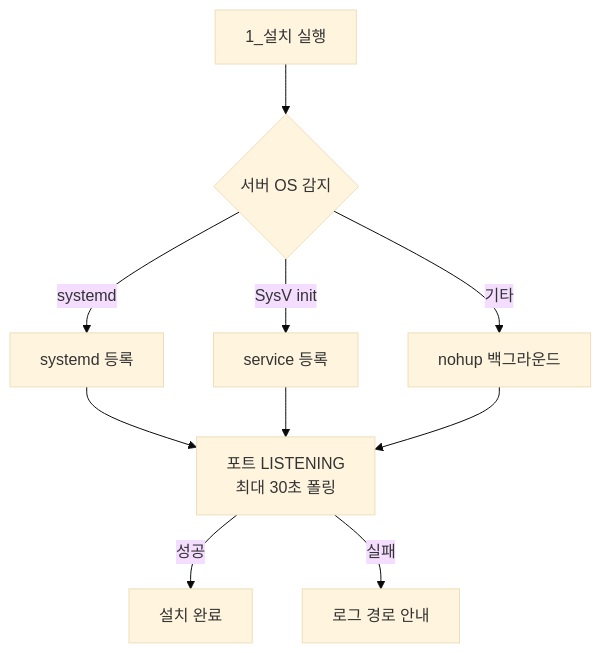
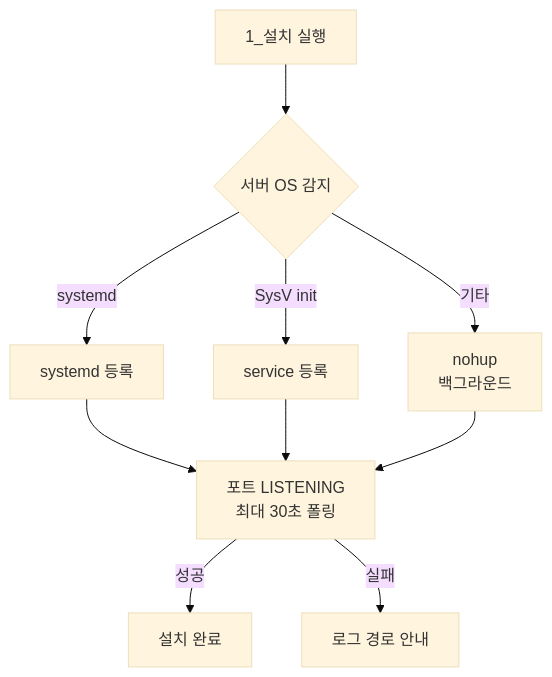
Before and after one commit to panorama713/career-portfolio: the diagram in projects/05-install-automation.md, drawn with Mermaid (base theme). The commit also changed 4 other files, not shown here.

First line of the commit message:
Shorten diagram label lines so Korean text does not wrap mid-word

````diff
--- a/projects/05-install-automation.md
+++ b/projects/05-install-automation.md
@@ -5,12 +5,12 @@
 ```mermaid
 flowchart TD
     Start["1_설치 실행"] --> Detect{"서버 OS 감지"}
     Detect -->|systemd| A["systemd 등록"]
     Detect -->|SysV init| B["service 등록"]
-    Detect -->|기타| C["nohup 백그라운드"]
+    Detect -->|기타| C["nohup<br/>백그라운드"]
     A --> Verify
     B --> Verify
     C --> Verify["포트 LISTENING<br/>최대 30초 폴링"]
     Verify -->|성공| Done["설치 완료"]
     Verify -->|실패| Log["로그 경로 안내"]
 ```
````
